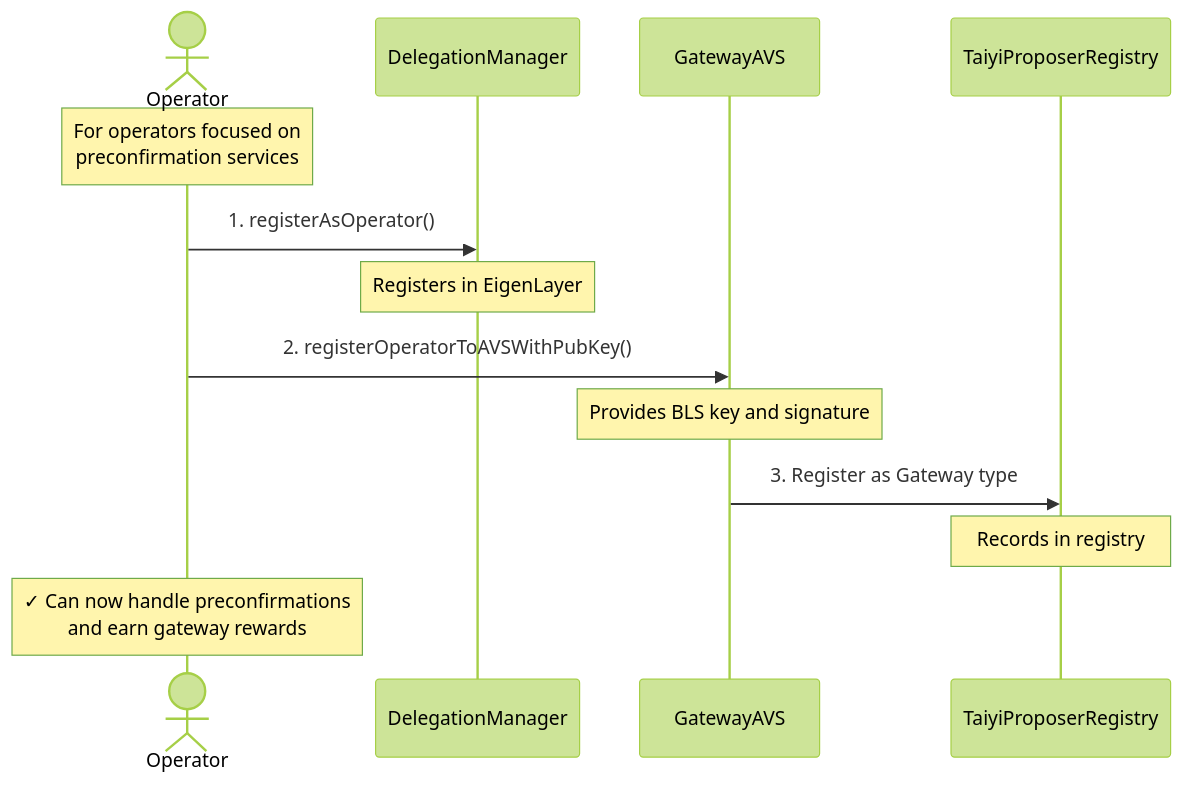
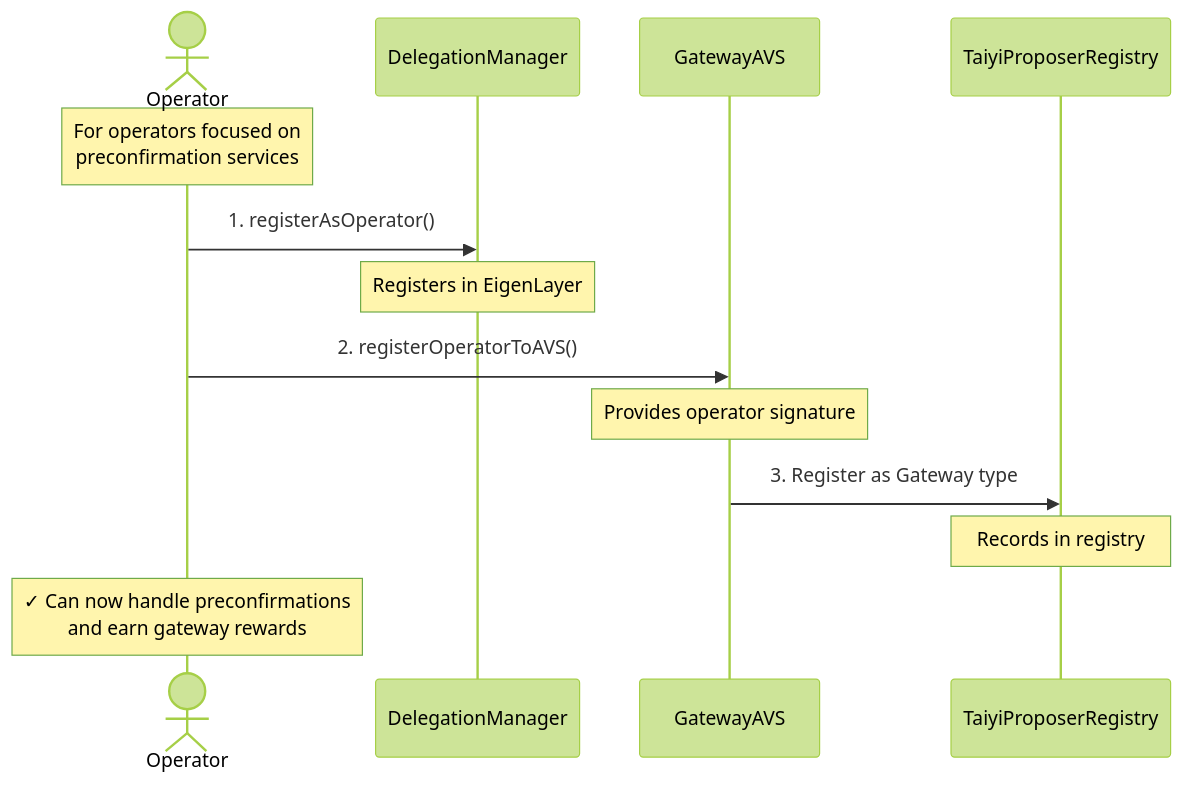
The third of 4 diagrams in docs/learn/architecture/on_chain_components/avs_middleware_contracts.mdx (lu-bann/taiyi), drawn with Mermaid (forest theme) before and after one commit. The commit also changed other lines of this file and 3 other files, not shown here.

````diff
--- a/docs/learn/architecture/on_chain_components/avs_middleware_contracts.mdx
+++ b/docs/learn/architecture/on_chain_components/avs_middleware_contracts.mdx
@@ -84,20 +68,20 @@
 ```mermaid
 sequenceDiagram
     actor Operator
     participant DM as DelegationManager
     participant GAVS as GatewayAVS
     participant TPR as TaiyiProposerRegistry
     
     Note over Operator: For operators focused on<br/>preconfirmation services
     
     Operator->>DM: 1. registerAsOperator()
     Note over DM: Registers in EigenLayer
     
-    Operator->>GAVS: 2. registerOperatorToAVSWithPubKey()
-    Note over GAVS: Provides BLS key and signature
+    Operator->>GAVS: 2. registerOperatorToAVS()
+    Note over GAVS: Provides operator signature
     
     GAVS->>TPR: 3. Register as Gateway type
     Note over TPR: Records in registry
     
     Note over Operator: ✓ Can now handle preconfirmations<br/>and earn gateway rewards
 ```
````
